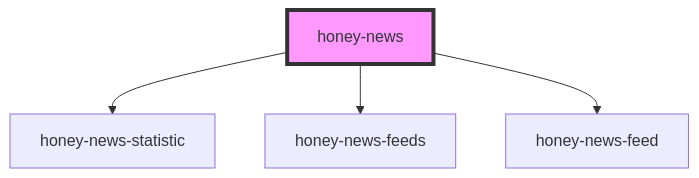
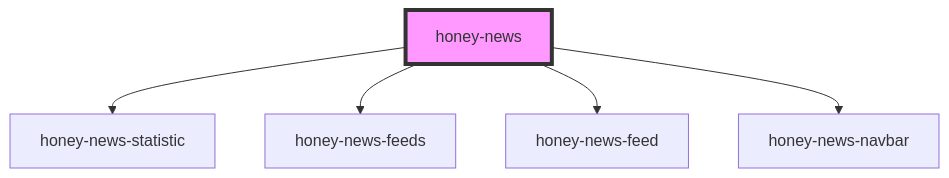
The diagram in src/components/honey-news/readme.md (Huluvu424242/huluvu424242.github.io), drawn with Mermaid before and after one commit. The commit also changed other lines of this file and 19 other files, not shown here.

````diff
--- a/src/components/honey-news/readme.md
+++ b/src/components/honey-news/readme.md
@@ -22,7 +23,8 @@
 ```mermaid
 graph TD;
   honey-news --> honey-news-statistic
   honey-news --> honey-news-feeds
   honey-news --> honey-news-feed
+  honey-news --> honey-news-navbar
   style honey-news fill:#f9f,stroke:#333,stroke-width:4px
 ```
````
